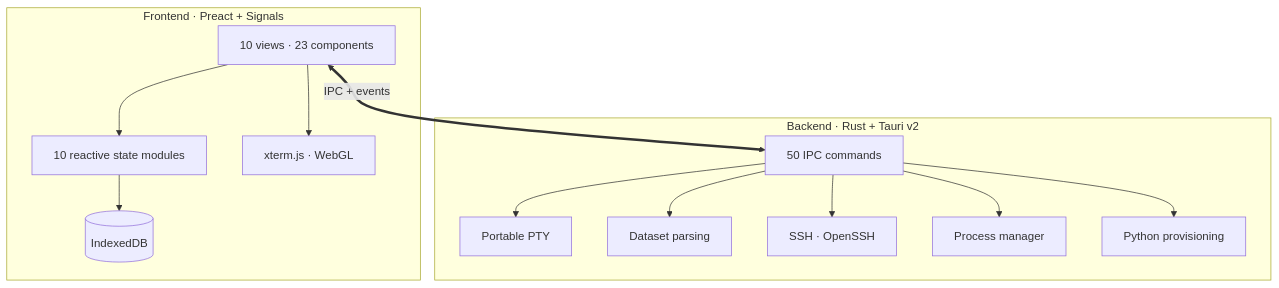
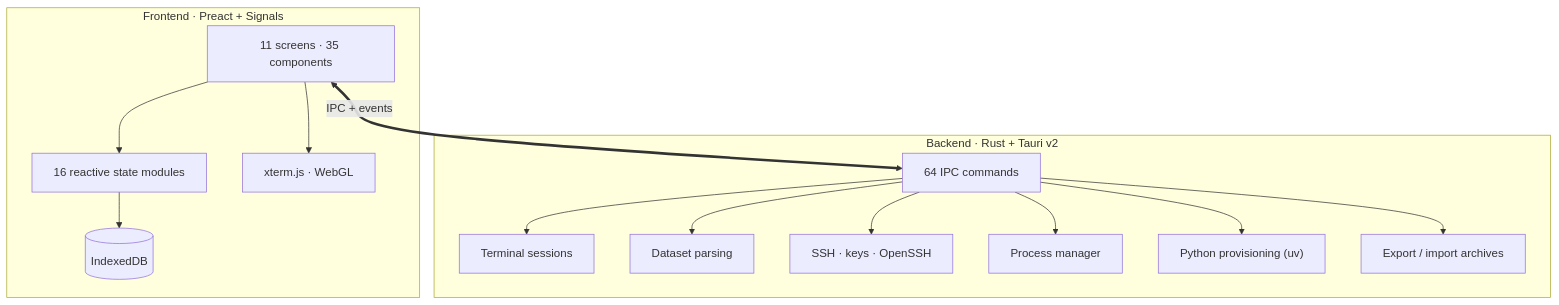
One commit to Noctillio-Ai/NightFlow changed the third of 3 diagrams in README.md. Above: the diagram before and after it, drawn with Mermaid. The commit also changed other lines of this file and 6 other files, not shown here.

````diff
--- a/README.md
+++ b/README.md
@@ -495,18 +787,19 @@
 ```mermaid
 graph TD
     subgraph Frontend["Frontend · Preact + Signals"]
-        UI["10 views · 23 components"] --> State["10 reactive state modules"]
+        UI["11 screens · 35 components"] --> State["16 reactive state modules"]
         State --> DB[("IndexedDB")]
         UI --> Terminal["xterm.js · WebGL"]
     end
 
     subgraph Backend["Backend · Rust + Tauri v2"]
-        Tauri["50 IPC commands"] --> PTY["Portable PTY"]
+        Tauri["64 IPC commands"] --> PTY["Terminal sessions"]
         Tauri --> FS["Dataset parsing"]
-        Tauri --> SSH["SSH · OpenSSH"]
+        Tauri --> SSH["SSH · keys · OpenSSH"]
         Tauri --> Training["Process manager"]
-        Tauri --> Env["Python provisioning"]
+        Tauri --> Env["Python provisioning (uv)"]
+        Tauri --> Transfer["Export / import archives"]
     end
 
     UI <== "IPC + events" ==> Tauri
 ```
````
